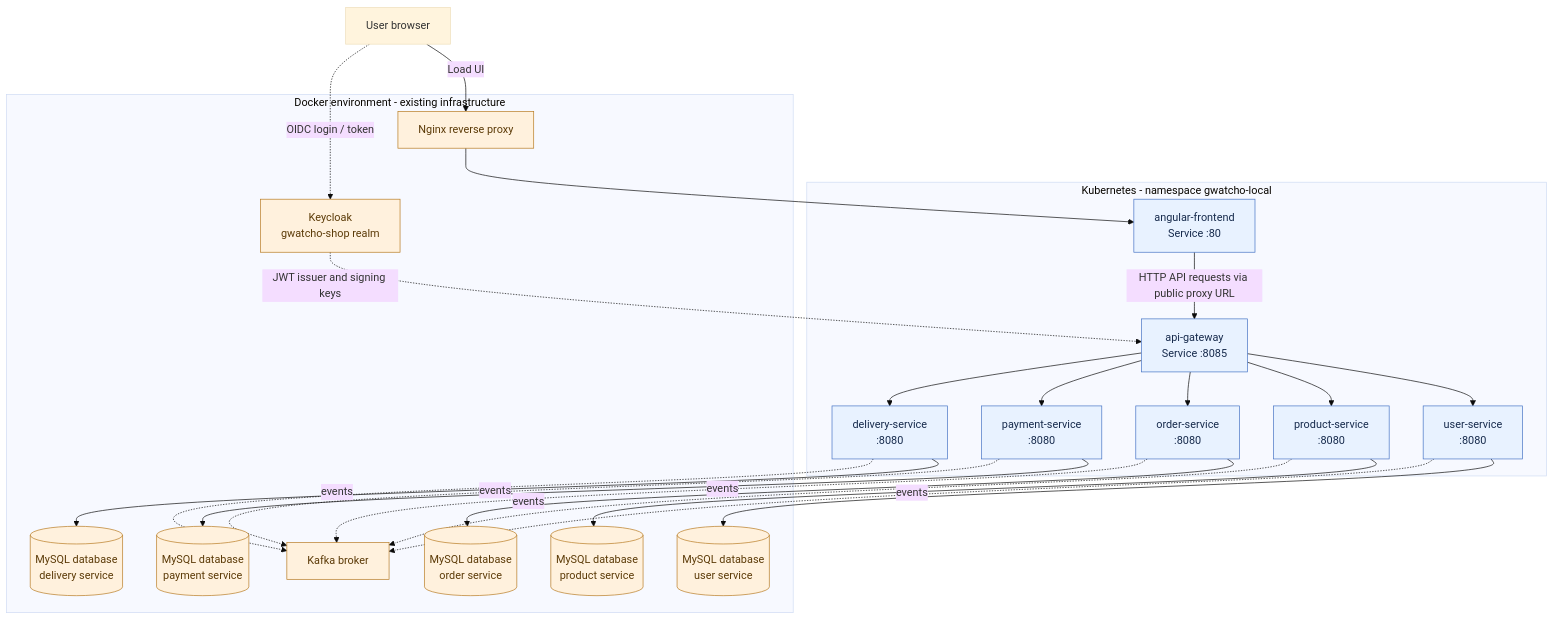
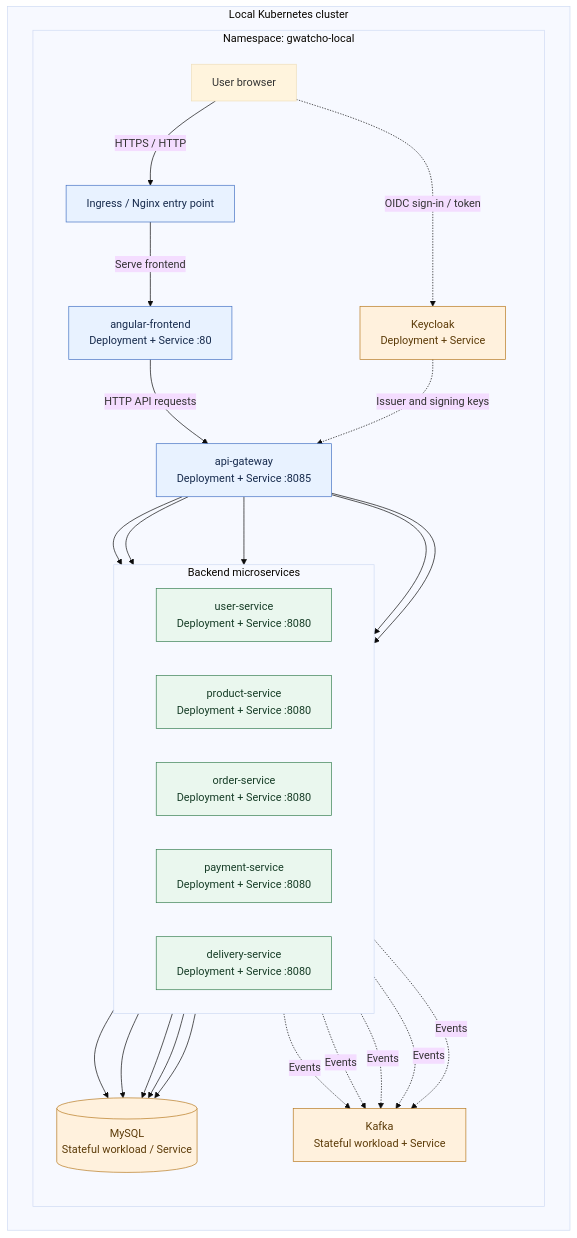
One commit to GuyWatcho/gwatcho-infrastructure changed the diagram in docs/kubernetes-angular-frontend.md. Above: the diagram before and after it, drawn with Mermaid (base theme). The commit also changed other lines of this file, not shown here.

Commit message:
docs: align frontend architecture with Kubernetes-only deployment

````diff
--- a/docs/kubernetes-angular-frontend.md
+++ b/docs/kubernetes-angular-frontend.md
@@ -11,55 +13,59 @@
 ```mermaid
 flowchart TB
-    Browser["User browser"]
+    USER["User browser"]
 
-    subgraph K8S["Kubernetes - namespace gwatcho-local"]
-        FE["angular-frontend<br/>Service :80"]
-        GW["api-gateway<br/>Service :8085"]
+    subgraph CLUSTER["Local Kubernetes cluster"]
+      subgraph NS["Namespace: gwatcho-local"]
+        direction TB
 
-        US["user-service<br/>:8080"]
-        PS["product-service<br/>:8080"]
-        OS["order-service<br/>:8080"]
-        PAY["payment-service<br/>:8080"]
-        DS["delivery-service<br/>:8080"]
+        ENTRY["Ingress / Nginx entry point"]
+        FE["angular-frontend<br/>Deployment + Service :80"]
+        GW["api-gateway<br/>Deployment + Service :8085"]
 
-        FE -->|"HTTP API requests via public proxy URL"| GW
+        subgraph SERVICES["Backend microservices"]
+          direction LR
+          US["user-service<br/>Deployment + Service :8080"]
+          PS["product-service<br/>Deployment + Service :8080"]
+          OS["order-service<br/>Deployment + Service :8080"]
+          PAY["payment-service<br/>Deployment + Service :8080"]
+          DS["delivery-service<br/>Deployment + Service :8080"]
+        end
+
+        KC["Keycloak<br/>Deployment + Service"]
+        KAFKA["Kafka<br/>Stateful workload + Service"]
+        DB[("MySQL<br/>Stateful workload / Service")]
+
+        ENTRY -->|"Serve frontend"| FE
+        FE -->|"HTTP API requests"| GW
         GW --> US
         GW --> PS
         GW --> OS
         GW --> PAY
         GW --> DS
+
+        USER -.->|"OIDC sign-in / token"| KC
+        KC -.->|"Issuer and signing keys"| GW
+
+        US --> DB
+        PS --> DB
+        OS --> DB
+        PAY --> DB
+        DS --> DB
+
+        US -.->|"Events"| KAFKA
+        PS -.->|"Events"| KAFKA
+        OS -.->|"Events"| KAFKA
+        PAY -.->|"Events"| KAFKA
+        DS -.->|"Events"| KAFKA
+      end
     end
 
-    subgraph DOCKER["Docker environment - existing infrastructure"]
-        NGINX["Nginx reverse proxy"]
-        KC["Keycloak<br/>gwatcho-shop realm"]
-        KAFKA["Kafka broker"]
-        UDB[("MySQL database<br/>user service")]
-        PDB[("MySQL database<br/>product service")]
-        ODB[("MySQL database<br/>order service")]
-        PAYDB[("MySQL database<br/>payment service")]
-        DDB[("MySQL database<br/>delivery service")]
-    end
+    USER -->|"HTTPS / HTTP"| ENTRY
 
-    Browser -->|"Load UI"| NGINX
-    NGINX --> FE
-    Browser -. "OIDC login / token" .-> KC
-    KC -. "JWT issuer and signing keys" .-> GW
-
-    US --> UDB
-    PS --> PDB
-    OS --> ODB
-    PAY --> PAYDB
-    DS --> DDB
-
-    US -. "events" .-> KAFKA
-    PS -. "events" .-> KAFKA
-    OS -. "events" .-> KAFKA
-    PAY -. "events" .-> KAFKA
-    DS -. "events" .-> KAFKA
-
-    classDef k8s fill:#e8f2ff,stroke:#4472c4,color:#172b4d;
-    classDef docker fill:#fff1dd,stroke:#b7791f,color:#5c3b08;
-    class FE,GW,US,PS,OS,PAY,DS k8s;
-    class NGINX,KC,KAFKA,UDB,PDB,ODB,PAYDB,DDB docker;
+    classDef edge fill:#e8f2ff,stroke:#4472c4,color:#172b4d;
+    classDef app fill:#eaf7ee,stroke:#398052,color:#173d27;
+    classDef infra fill:#fff1dd,stroke:#b7791f,color:#5c3b08;
+    class ENTRY,FE,GW edge;
+    class US,PS,OS,PAY,DS app;
+    class KC,KAFKA,DB infra;
 ```
````
